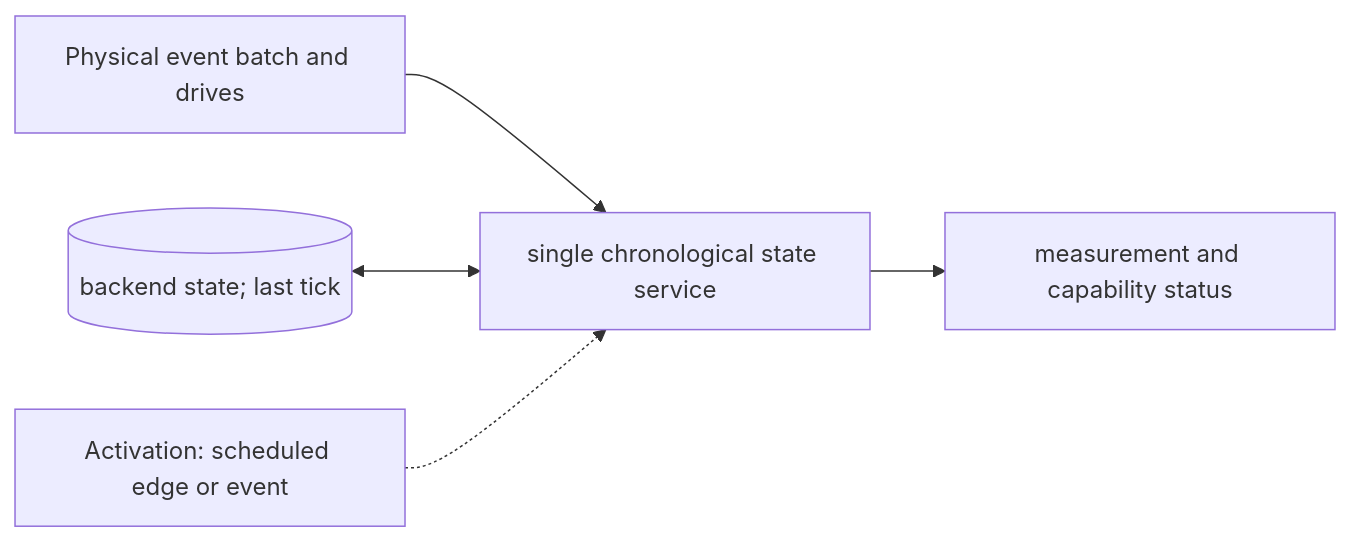
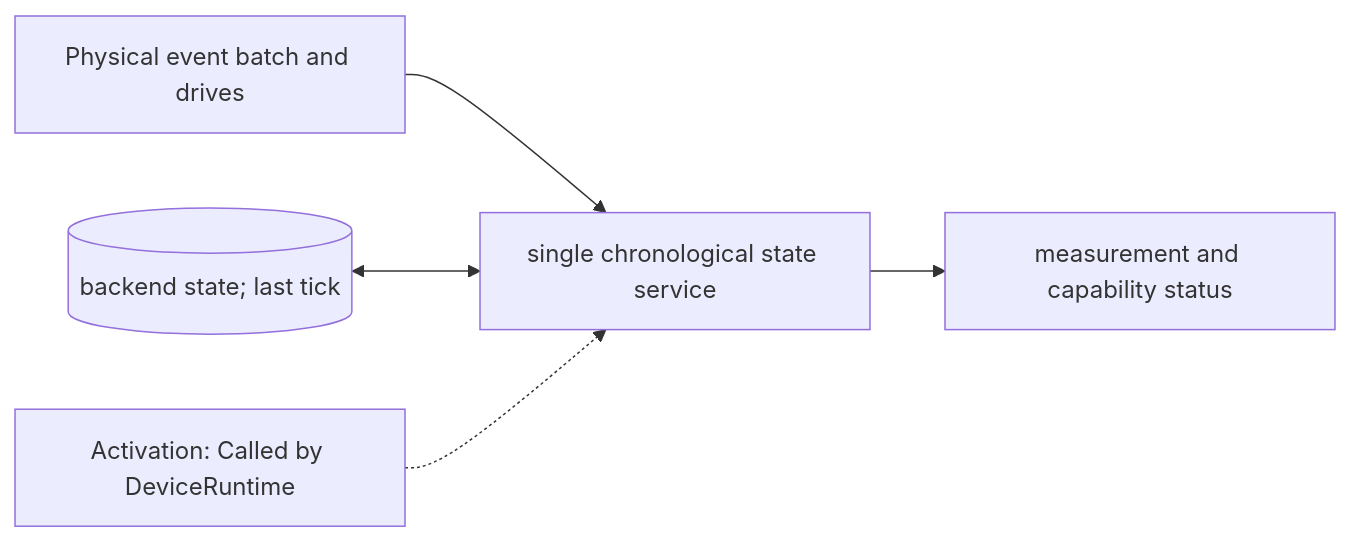
One commit to qsbit-org/qsbit-sim changed the diagram in docs/modules/quantum-state-service-and-backends.md. Above: the diagram before and after it, drawn with Mermaid. The commit also changed other lines of this file and 24 other files, not shown here.

````diff
--- a/docs/modules/quantum-state-service-and-backends.md
+++ b/docs/modules/quantum-state-service-and-backends.md
@@ -17,7 +17,7 @@
 ```mermaid
 flowchart LR
     U["Physical event batch and drives"] --> P["single chronological state service"]
     S[("backend state; last tick")] <--> P
     P --> D["measurement and capability status"]
-    K["Activation: scheduled edge or event"] -.-> P
+    K["Activation: Called by DeviceRuntime"] -.-> P
 ```
````
